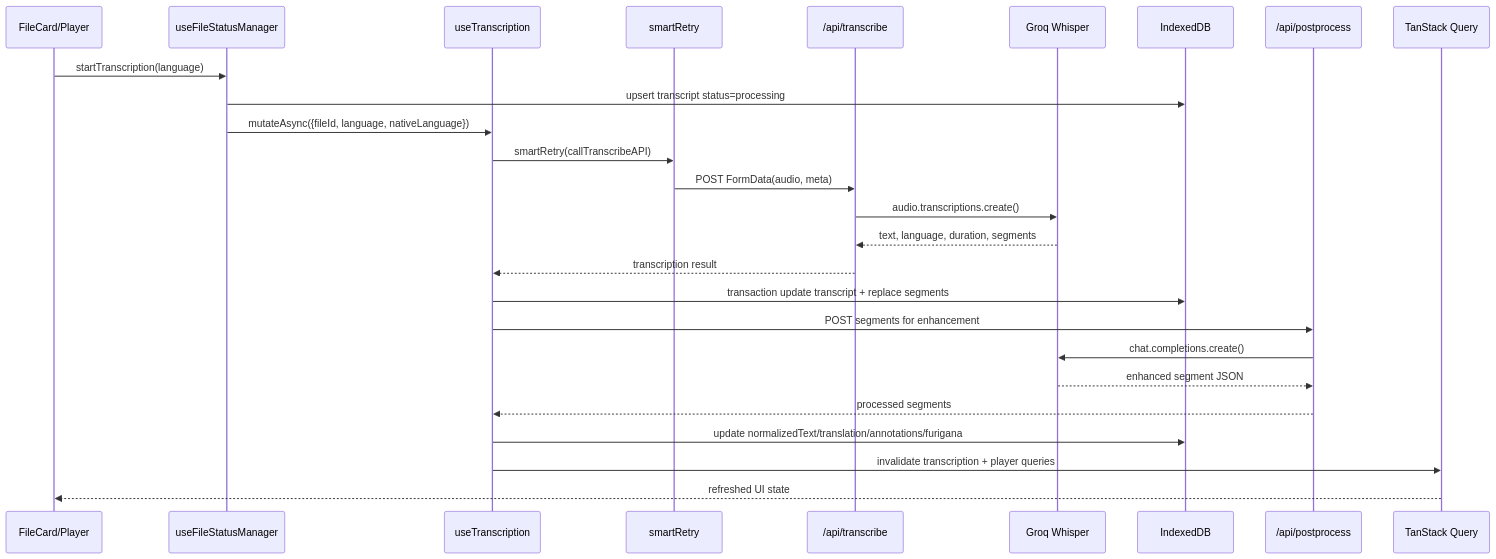
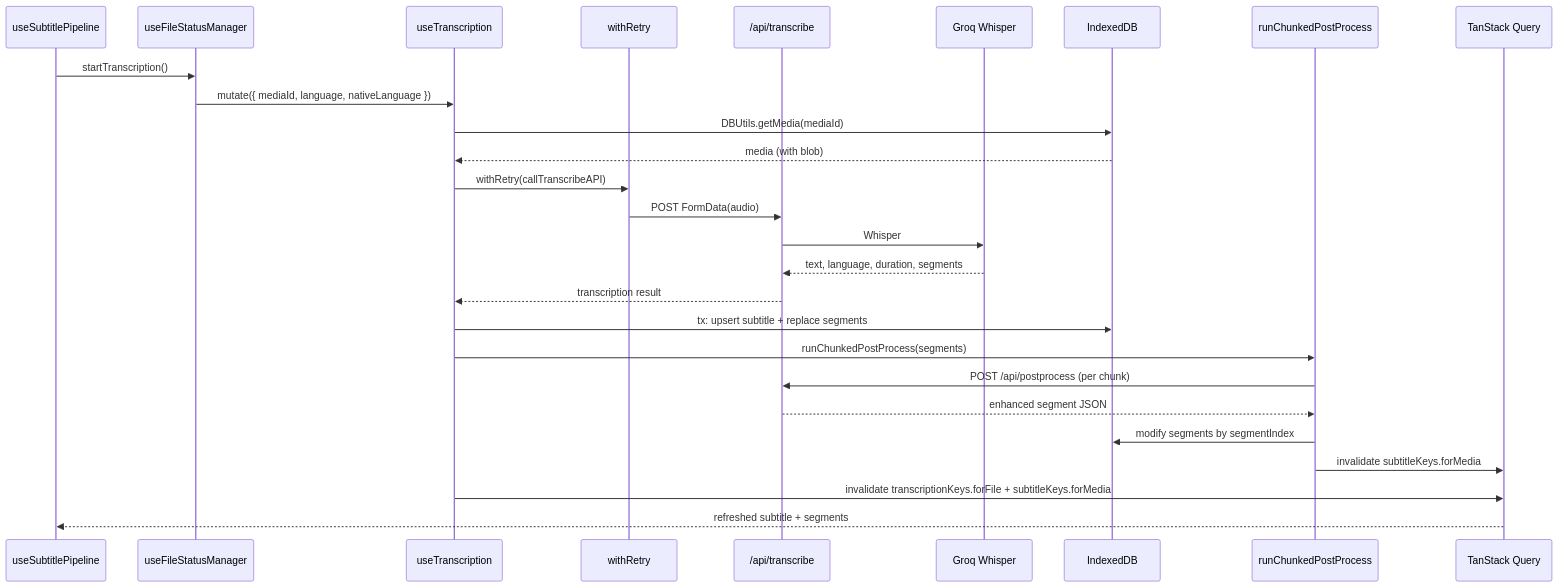
Before and after one commit to youming-ai/shadowing-learning: the third of 4 diagrams in docs/DATA-FLOW.md, drawn with Mermaid. The commit also changed other lines of this file and 9 other files, not shown here.

First line of the commit message:
chore: align architecture docs and remove stale config

````diff
--- a/docs/DATA-FLOW.md
+++ b/docs/DATA-FLOW.md
@@ -131,29 +195,30 @@
 ```mermaid
 sequenceDiagram
-    participant Trigger as FileCard/Player
+    participant Pipeline as useSubtitlePipeline
     participant Status as useFileStatusManager
     participant Hook as useTranscription
-    participant Retry as smartRetry
+    participant Retry as withRetry
     participant API as /api/transcribe
     participant Groq as Groq Whisper
     participant DB as IndexedDB
-    participant Post as /api/postprocess
+    participant Post as runChunkedPostProcess
     participant Query as TanStack Query
 
-    Trigger->>Status: startTranscription(language)
-    Status->>DB: upsert transcript status=processing
-    Status->>Hook: mutateAsync({fileId, language, nativeLanguage})
-    Hook->>Retry: smartRetry(callTranscribeAPI)
-    Retry->>API: POST FormData(audio, meta)
-    API->>Groq: audio.transcriptions.create()
+    Pipeline->>Status: startTranscription()
+    Status->>Hook: mutate({ mediaId, language, nativeLanguage })
+    Hook->>DB: DBUtils.getMedia(mediaId)
+    DB-->>Hook: media (with blob)
+    Hook->>Retry: withRetry(callTranscribeAPI)
+    Retry->>API: POST FormData(audio)
+    API->>Groq: Whisper
     Groq-->>API: text, language, duration, segments
     API-->>Hook: transcription result
-    Hook->>DB: transaction update transcript + replace segments
-    Hook->>Post: POST segments for enhancement
-    Post->>Groq: chat.completions.create()
-    Groq-->>Post: enhanced segment JSON
-    Post-->>Hook: processed segments
-    Hook->>DB: update normalizedText/translation/annotations/furigana
-    Hook->>Query: invalidate transcription + player queries
-    Query-->>Trigger: refreshed UI state
+    Hook->>DB: tx: upsert subtitle + replace segments
+    Hook->>Post: runChunkedPostProcess(segments)
+    Post->>API: POST /api/postprocess (per chunk)
+    API-->>Post: enhanced segment JSON
+    Post->>DB: modify segments by segmentIndex
+    Post->>Query: invalidate subtitleKeys.forMedia
+    Hook->>Query: invalidate transcriptionKeys.forFile + subtitleKeys.forMedia
+    Query-->>Pipeline: refreshed subtitle + segments
 ```
````
